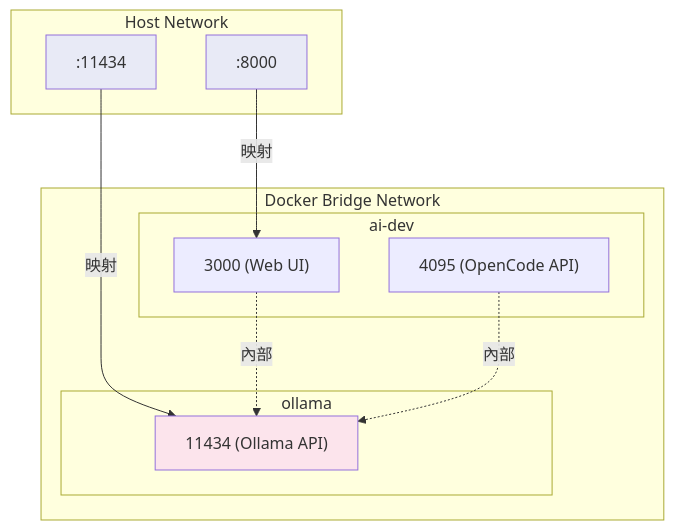
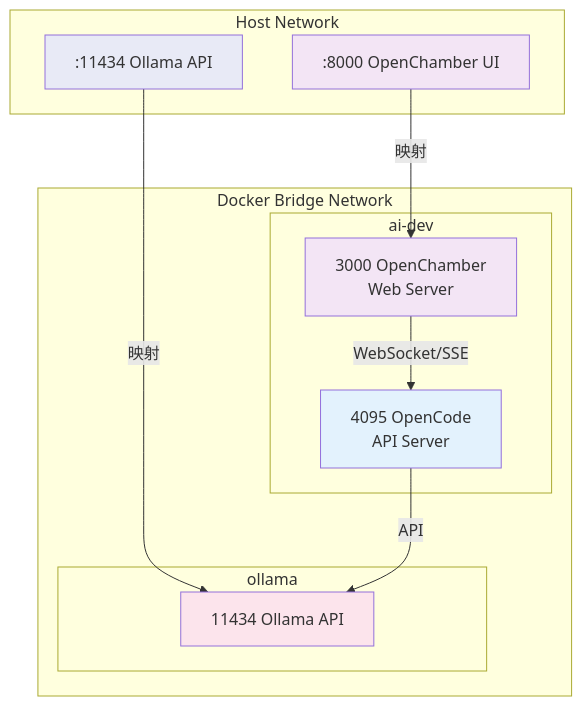
The eighth of 12 diagrams in docs/ARCHITECTURE.md (tryweb/ai-engkit), drawn with Mermaid before and after one commit. The commit also changed other lines of this file and 1 other file, not shown here.

First line of the commit message:
docs: update architecture and changelog for OpenCode/OpenChamber relationship

````diff
--- a/docs/ARCHITECTURE.md
+++ b/docs/ARCHITECTURE.md
@@ -236,28 +247,30 @@
 ```mermaid
 graph TB
     subgraph "Host Network"
-        HOST_PORT_8000[":8000"]
-        HOST_PORT_11434[":11434"]
+        HOST_PORT_8000[":8000 OpenChamber UI"]
+        HOST_PORT_11434[":11434 Ollama API"]
     end
 
     subgraph "Docker Bridge Network"
         subgraph "ai-dev"
-            CONTAINER_3000["3000 (Web UI)"]
-            CONTAINER_4095["4095 (OpenCode API)"]
+            CONTAINER_3000["3000 OpenChamber<br/>Web Server"]
+            CONTAINER_4095["4095 OpenCode<br/>API Server"]
         end
 
         subgraph "ollama"
-            CONTAINER_11434["11434 (Ollama API)"]
+            CONTAINER_11434["11434 Ollama API"]
         end
     end
 
     HOST_PORT_8000 -->|"映射"| CONTAINER_3000
     HOST_PORT_11434 -->|"映射"| CONTAINER_11434
     
-    CONTAINER_3000 -.->|"內部"| CONTAINER_11434
-    CONTAINER_4095 -.->|"內部"| CONTAINER_11434
+    CONTAINER_3000 -->|"WebSocket/SSE"| CONTAINER_4095
+    CONTAINER_4095 -->|"API"| CONTAINER_11434
 
-    style HOST_PORT_8000 fill:#e8eaf6
+    style HOST_PORT_8000 fill:#f3e5f5
     style HOST_PORT_11434 fill:#e8eaf6
+    style CONTAINER_3000 fill:#f3e5f5
+    style CONTAINER_4095 fill:#e3f2fd
     style CONTAINER_11434 fill:#fce4ec
 ```
````
